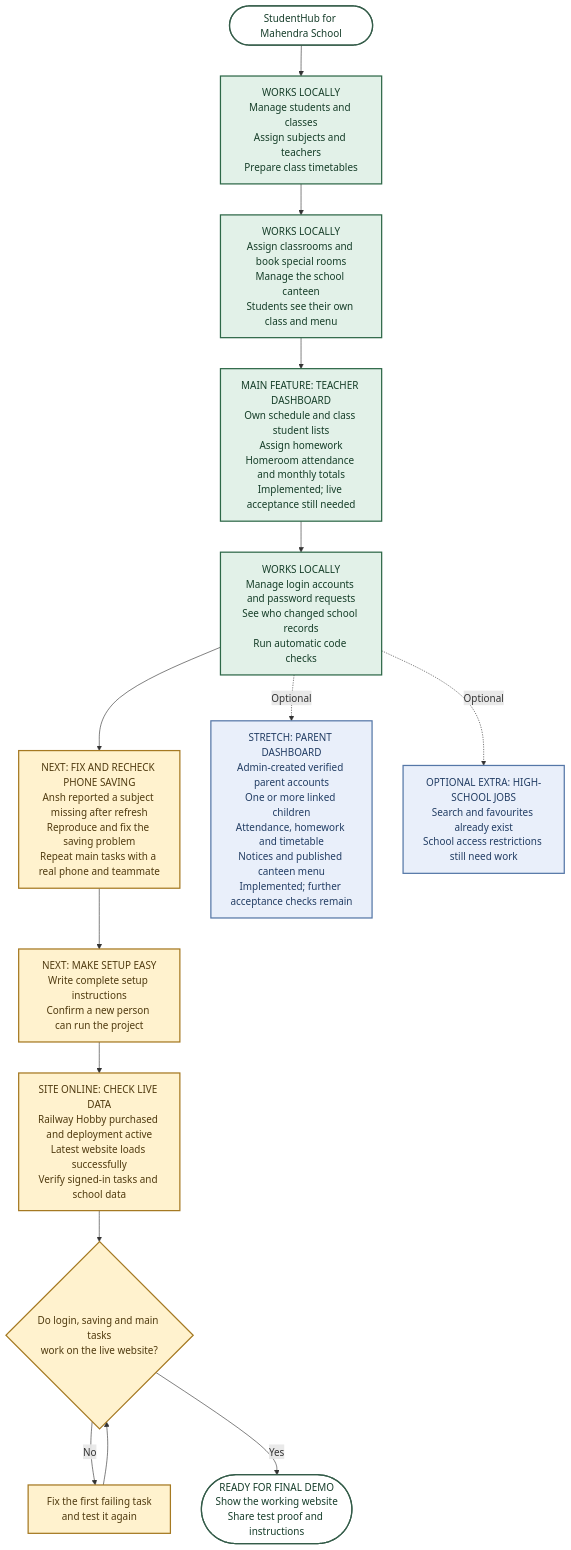
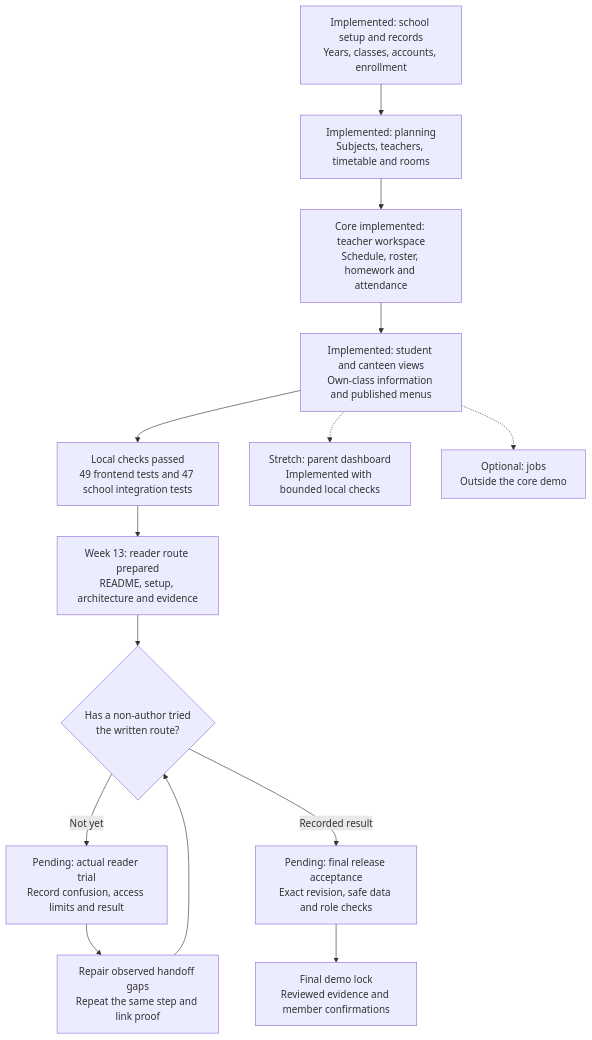
One commit to CapstoneDesign-Fall2026-UlsanCollege/Team1 changed the diagram in roadmap.md. Above: the diagram before and after it, drawn with Mermaid. The commit also changed other lines of this file and 19 other files, not shown here.

Commit message:
Prepare Week 13 README roadmap and evidence-linked handoff

````diff
--- a/roadmap.md
+++ b/roadmap.md
@@ -22,29 +11,21 @@
 ```mermaid
 flowchart TD
-    START(["StudentHub for Mahendra School"])
-    A["WORKS LOCALLY<br/>Manage students and classes<br/>Assign subjects and teachers<br/>Prepare class timetables"]
-    B["WORKS LOCALLY<br/>Assign classrooms and book special rooms<br/>Manage the school canteen<br/>Students see their own class and menu"]
-    C["WORKS LOCALLY<br/>Manage login accounts and password requests<br/>See who changed school records<br/>Run automatic code checks"]
-    NOW["NEXT: FIX AND RECHECK PHONE SAVING<br/>Ansh reported a subject missing after refresh<br/>Reproduce and fix the saving problem<br/>Repeat main tasks with a real phone and teammate"]
-    SETUP["NEXT: MAKE SETUP EASY<br/>Write complete setup instructions<br/>Confirm a new person can run the project"]
-    HOST["SITE ONLINE: CHECK LIVE DATA<br/>Railway Hobby purchased and deployment active<br/>Latest website loads successfully<br/>Verify signed-in tasks and school data"]
-    CHECK{"Do login, saving and main tasks<br/>work on the live website?"}
-    FIX["Fix the first failing task<br/>and test it again"]
-    FINISH(["READY FOR FINAL DEMO<br/>Show the working website<br/>Share test proof and instructions"])
-    TEACHER["MAIN FEATURE: TEACHER DASHBOARD<br/>Own schedule and class student lists<br/>Assign homework<br/>Homeroom attendance and monthly totals<br/>Implemented; live acceptance still needed"]
-    PARENT["STRETCH: PARENT DASHBOARD<br/>Admin-created verified parent accounts<br/>One or more linked children<br/>Attendance, homework and timetable<br/>Notices and published canteen menu<br/>Implemented; further acceptance checks remain"]
-    JOBS["OPTIONAL EXTRA: HIGH-SCHOOL JOBS<br/>Search and favourites already exist<br/>School access restrictions still need work"]
-    START --> A --> B --> TEACHER --> C --> NOW --> SETUP --> HOST --> CHECK
-    CHECK -->|No| FIX --> CHECK
-    CHECK -->|Yes| FINISH
-    C -. Optional .-> PARENT
-    C -. Optional .-> JOBS
-    classDef done fill:#e2f1e8,stroke:#2e6848,stroke-width:2px,color:#163e29;
-    classDef next fill:#fff2ce,stroke:#a57922,stroke-width:2px,color:#503b10;
-    classDef extra fill:#e9effa,stroke:#5577a7,stroke-width:2px,color:#233e64;
-    classDef finish fill:#ffffff,stroke:#345c49,stroke-width:2px,color:#173e2b;
-    class A,B,C,TEACHER done;
-    class NOW,SETUP,HOST,CHECK,FIX next;
-    class PARENT,JOBS extra;
-    class START,FINISH finish;
+    A[Implemented: school setup and records<br/>Years, classes, accounts, enrollment]
+    B[Implemented: planning<br/>Subjects, teachers, timetable and rooms]
+    C[Core implemented: teacher workspace<br/>Schedule, roster, homework and attendance]
+    D[Implemented: student and canteen views<br/>Own-class information and published menus]
+    E[Local checks passed<br/>49 frontend tests and 47 school integration tests]
+    F[Week 13: reader route prepared<br/>README, setup, architecture and evidence]
+    G{Has a non-author tried<br/>the written route?}
+    H[Pending: actual reader trial<br/>Record confusion, access limits and result]
+    I[Repair observed handoff gaps<br/>Repeat the same step and link proof]
+    J[Pending: final release acceptance<br/>Exact revision, safe data and role checks]
+    K[Final demo lock<br/>Reviewed evidence and member confirmations]
+    P[Stretch: parent dashboard<br/>Implemented with bounded local checks]
+    Q[Optional: jobs<br/>Outside the core demo]
+    A --> B --> C --> D --> E --> F --> G
+    G -->|Not yet| H --> I --> G
+    G -->|Recorded result| J --> K
+    D -.-> P
+    D -.-> Q
 ```
````
